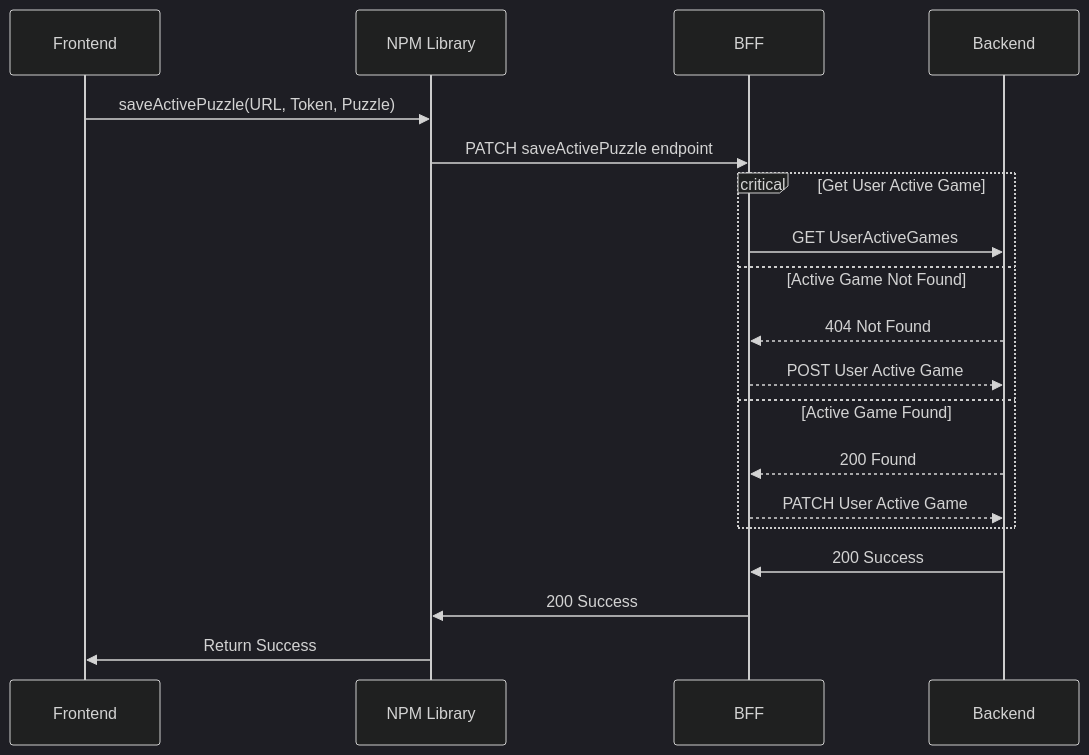
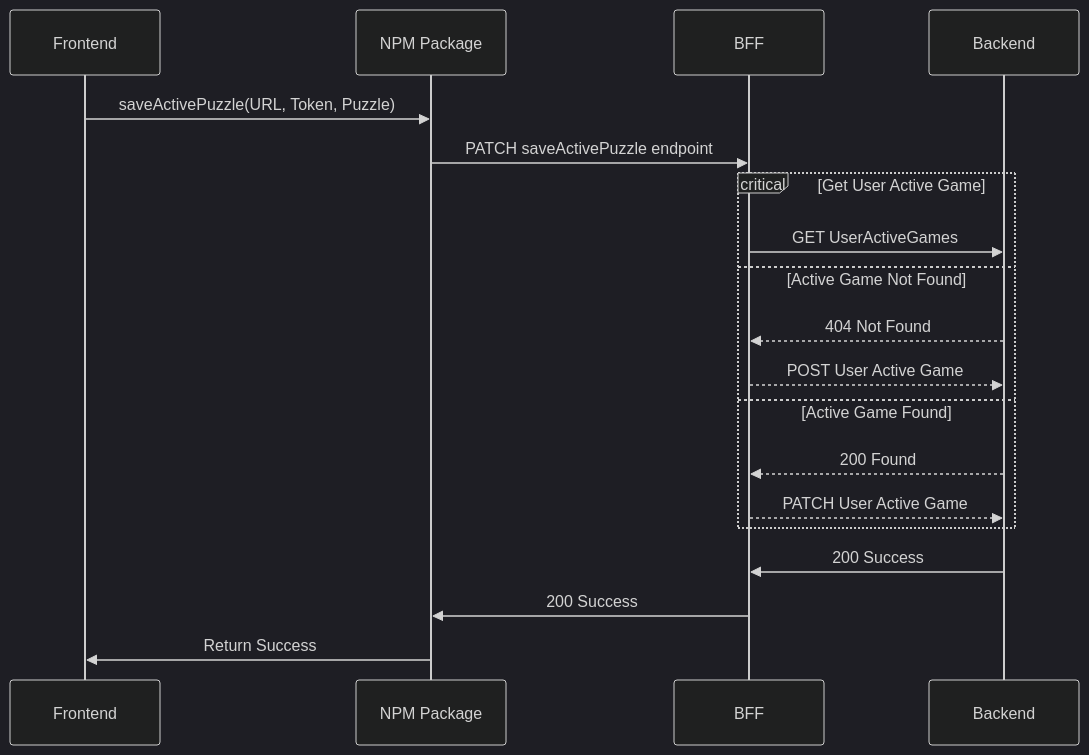
The second of 3 diagrams in Documentation/Diagrams/SequenceDiagram.md (Sudokuru/Puzzle), drawn with Mermaid (dark theme) before and after one commit. The commit also changed other lines of this file, not shown here.

Commit message:
Changing "NPM Library" to "NPM Package"

````diff
--- a/Documentation/Diagrams/SequenceDiagram.md
+++ b/Documentation/Diagrams/SequenceDiagram.md
@@ -41,24 +41,24 @@
 ```mermaid
 sequenceDiagram
     participant Frontend
-    participant NPM Library
+    participant NPM Package
     participant BFF
     participant Backend
 
     #saveActivePuzzle
-    Frontend->>NPM Library: saveActivePuzzle(URL, Token, Puzzle)
-    NPM Library->>BFF: PATCH saveActivePuzzle endpoint
+    Frontend->>NPM Package: saveActivePuzzle(URL, Token, Puzzle)
+    NPM Package->>BFF: PATCH saveActivePuzzle endpoint
 
     critical Get User Active Game
         BFF->>Backend: GET UserActiveGames
     option Active Game Not Found
         Backend-->>BFF: 404 Not Found
         BFF-->>Backend: POST User Active Game
     option Active Game Found
         Backend-->>BFF: 200 Found
         BFF-->>Backend: PATCH User Active Game
     end
         Backend->>BFF: 200 Success
-        BFF->>NPM Library: 200 Success
-        NPM Library->>Frontend: Return Success
+        BFF->>NPM Package: 200 Success
+        NPM Package->>Frontend: Return Success
 ```
````
